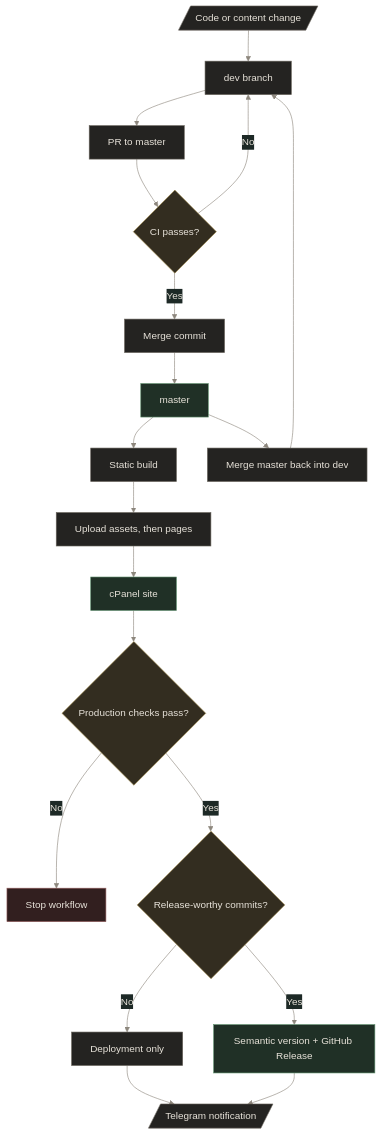
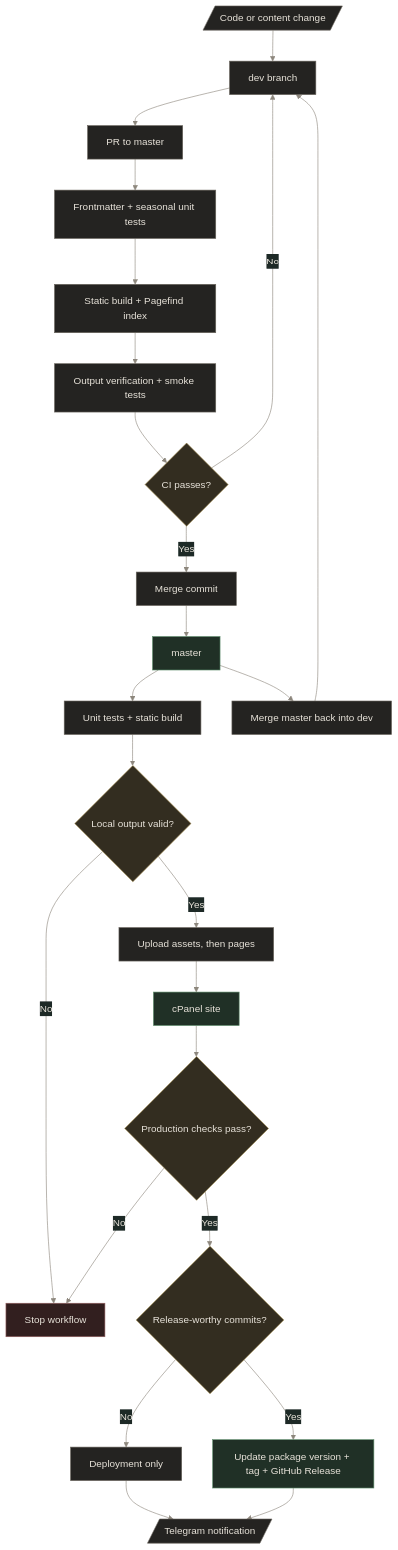
One commit to hgthaii/tblog changed the diagram in docs/project-flow.mmd. Above: the diagram before and after it, drawn with Mermaid. The commit also changed 42 other files, not shown here.

```diff
--- a/docs/project-flow.mmd
+++ b/docs/project-flow.mmd
@@ -1,45 +1,55 @@
 %%{init: {"theme": "base", "themeVariables": {"background": "#141414", "primaryColor": "#242321", "primaryTextColor": "#e7e2d9", "primaryBorderColor": "#69645c", "lineColor": "#8d877d", "secondaryColor": "#1d2926", "tertiaryColor": "#28222d", "clusterBkg": "#1a1918", "clusterBorder": "#4c4842", "fontFamily": "ui-monospace, SFMono-Regular, Menlo, monospace"}}}%%
 flowchart TB
     work[/Code or content change/]
     dev[dev branch]
     pr[PR to master]
+    unit[Frontmatter + seasonal unit tests]
+    ciBuild[Static build + Pagefind index]
+    outputCheck[Output verification + smoke tests]
     ci{CI passes?}
     merge[Merge commit]
     master[master]
-    build[Static build]
+    build[Unit tests + static build]
+    predeploy{Local output valid?}
     upload[Upload assets, then pages]
     production[cPanel site]
     verify{Production checks pass?}
     stop[Stop workflow]
     releaseCheck{Release-worthy commits?}
     noRelease[Deployment only]
-    semanticRelease[Semantic version + GitHub Release]
+    semanticRelease[Update package version + tag + GitHub Release]
     telegram[/Telegram notification/]
     sync[Merge master back into dev]
 
     work --> dev
     dev --> pr
-    pr --> ci
+    pr --> unit
+    unit --> ciBuild
+    ciBuild --> outputCheck
+    outputCheck --> ci
     ci -->|No| dev
     ci -->|Yes| merge
     merge --> master
     master --> build
-    build --> upload
+    build --> predeploy
+    predeploy -->|No| stop
+    predeploy -->|Yes| upload
     upload --> production
     production --> verify
     verify -->|No| stop
     verify -->|Yes| releaseCheck
     releaseCheck -->|No| noRelease
     releaseCheck -->|Yes| semanticRelease
     noRelease --> telegram
     semanticRelease --> telegram
     master --> sync
     sync --> dev
 
     style ci fill:#332d20,stroke:#a28a4d
+    style predeploy fill:#332d20,stroke:#a28a4d
     style verify fill:#332d20,stroke:#a28a4d
     style releaseCheck fill:#332d20,stroke:#a28a4d
     style stop fill:#321f1f,stroke:#925c5c
     style master fill:#203026,stroke:#5f8f6d
     style production fill:#203026,stroke:#5f8f6d
     style semanticRelease fill:#203026,stroke:#5f8f6d
```
